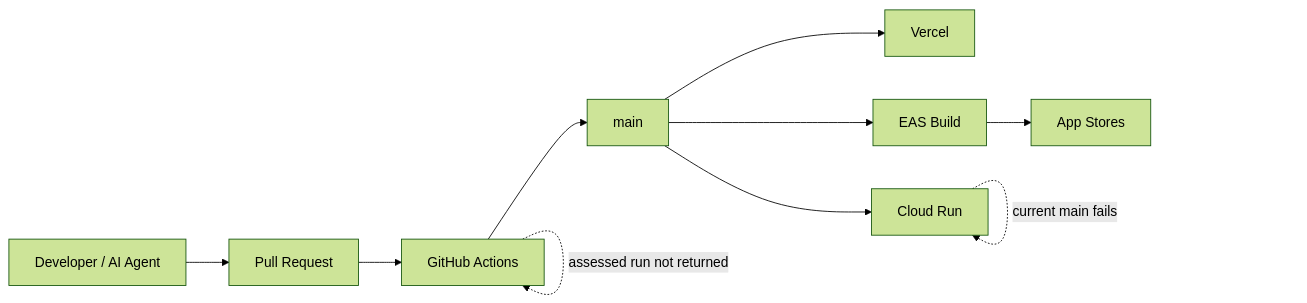
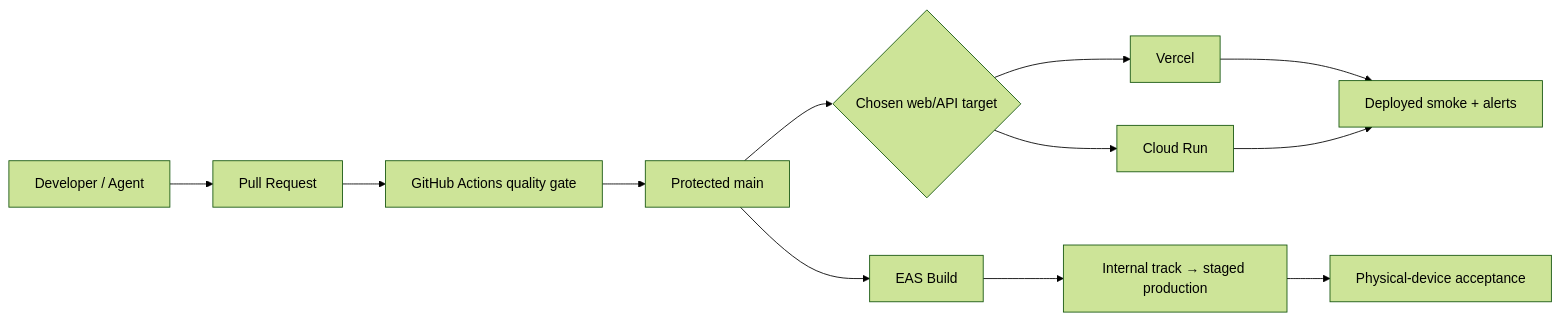
One commit to ChaosClubCo/Infinite-Heros-Bedtime-Chronicles-v5 changed the sixth of 6 diagrams in docs/production-readiness/SYSTEM_ASSESSMENT.md. Above: the diagram before and after it, drawn with Mermaid (forest theme). The commit also changed other lines of this file, not shown here.

````diff
--- a/docs/production-readiness/SYSTEM_ASSESSMENT.md
+++ b/docs/production-readiness/SYSTEM_ASSESSMENT.md
@@ -358,18 +378,14 @@
 ```mermaid
 flowchart LR
-    Dev[Developer / AI Agent]
-    PR[Pull Request]
-    CI[GitHub Actions]
-    Main[main]
-    Vercel[Vercel]
-    CloudRun[Cloud Run]
-    EAS[EAS Build]
-    Store[App Stores]
-
-    Dev --> PR --> CI --> Main
-    Main --> Vercel
-    Main --> CloudRun
-    Main --> EAS --> Store
-    CloudRun -. current main fails .-> CloudRun
-    CI -. assessed run not returned .-> CI
+  Dev[Developer / Agent] --> PR[Pull Request]
+  PR --> CI[GitHub Actions quality gate]
+  CI --> Merge[Protected main]
+  Merge --> Web{Chosen web/API target}
+  Web --> V[Vercel]
+  Web --> G[Cloud Run]
+  Merge --> EAS[EAS Build]
+  EAS --> Store[Internal track → staged production]
+  V --> Smoke[Deployed smoke + alerts]
+  G --> Smoke
+  Store --> Device[Physical-device acceptance]
 ```
````
